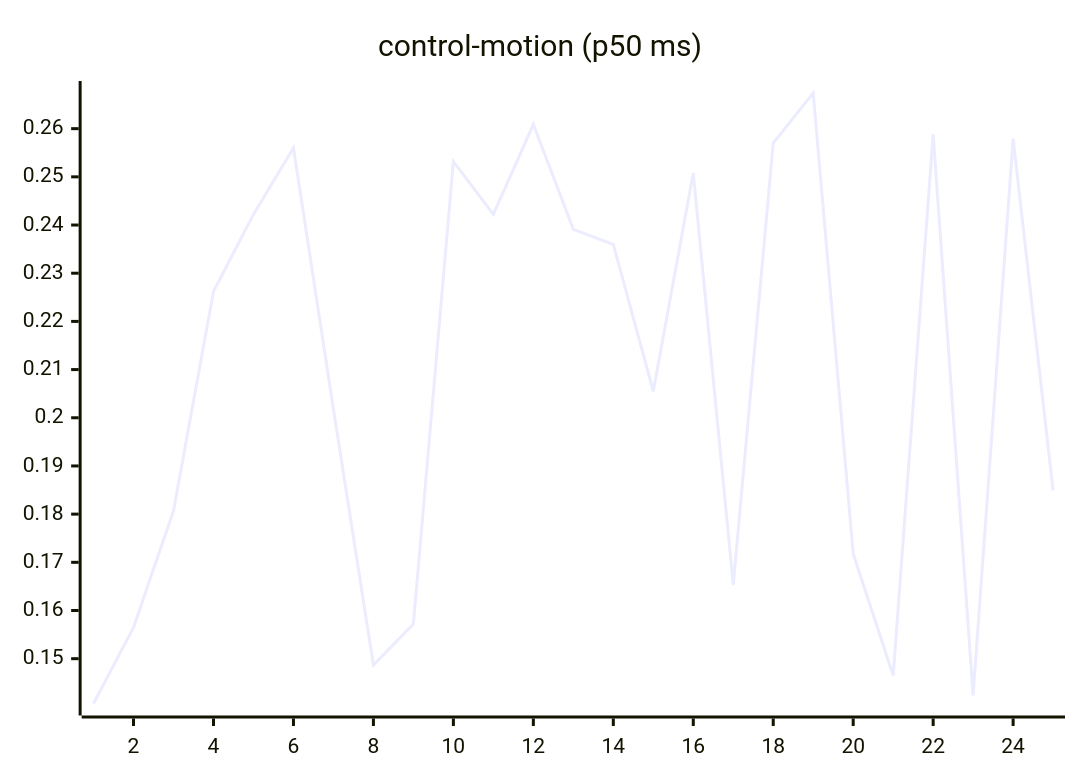
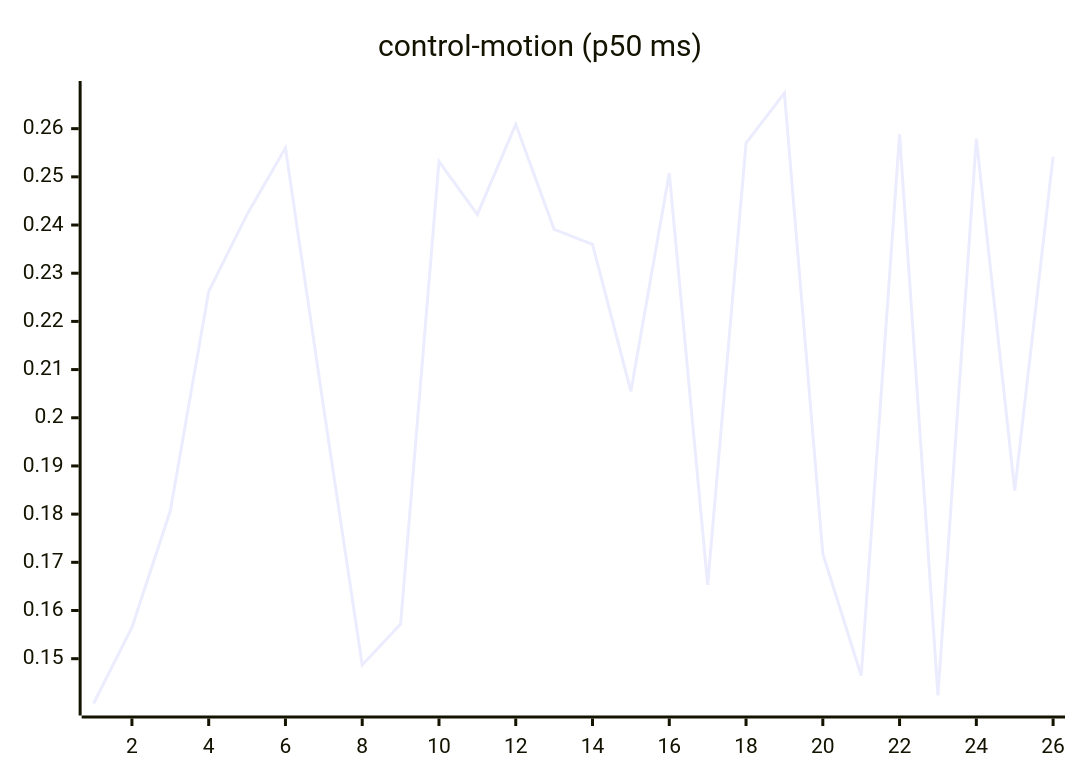
The seventh of 27 diagrams in README.md (josha/Facet), drawn with Mermaid before and after one commit. The commit also changed other lines of this file and 2 other files, not shown here.

````diff
--- a/README.md
+++ b/README.md
@@ -105,6 +105,6 @@
 ```mermaid
 xychart-beta
     title "control-motion (p50 ms)"
-    x-axis 1 --> 25
-    line [0.1407, 0.1565, 0.1807, 0.2262, 0.2422, 0.2560, 0.2018, 0.1487, 0.1572, 0.2532, 0.2422, 0.2609, 0.2391, 0.2360, 0.2055, 0.2508, 0.1653, 0.2570, 0.2674, 0.1718, 0.1465, 0.2588, 0.1424, 0.2579, 0.1849]
+    x-axis 1 --> 26
+    line [0.1407, 0.1565, 0.1807, 0.2262, 0.2422, 0.2560, 0.2018, 0.1487, 0.1572, 0.2532, 0.2422, 0.2609, 0.2391, 0.2360, 0.2055, 0.2508, 0.1653, 0.2570, 0.2674, 0.1718, 0.1465, 0.2588, 0.1424, 0.2579, 0.1849, 0.2542]
 ```
````
